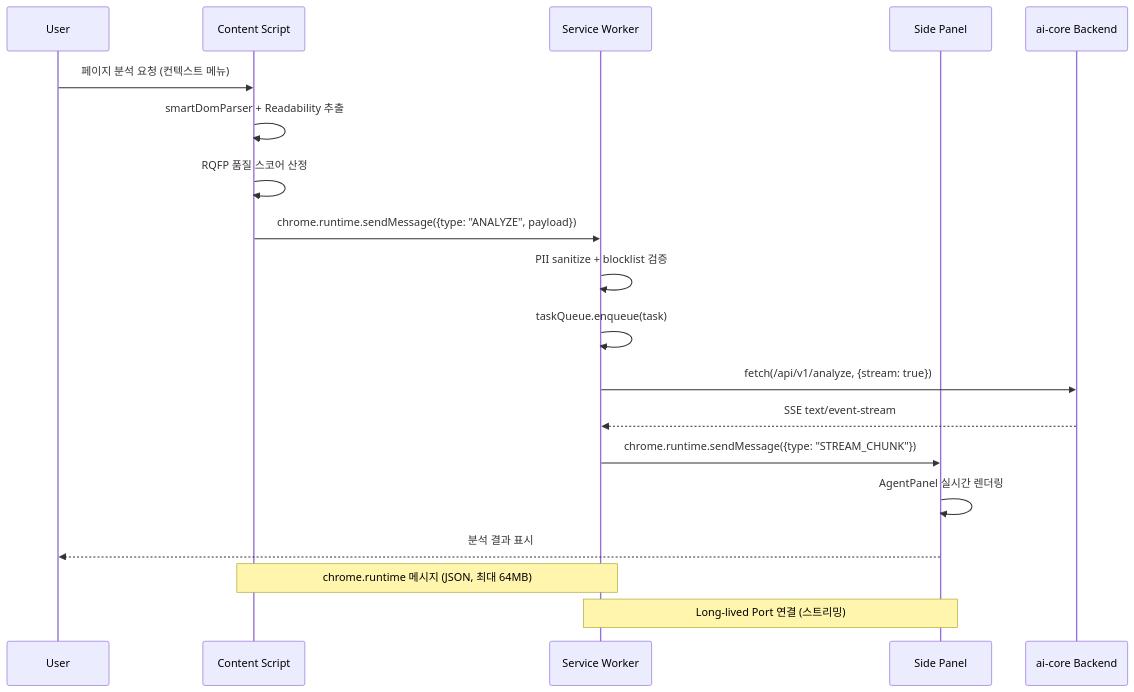
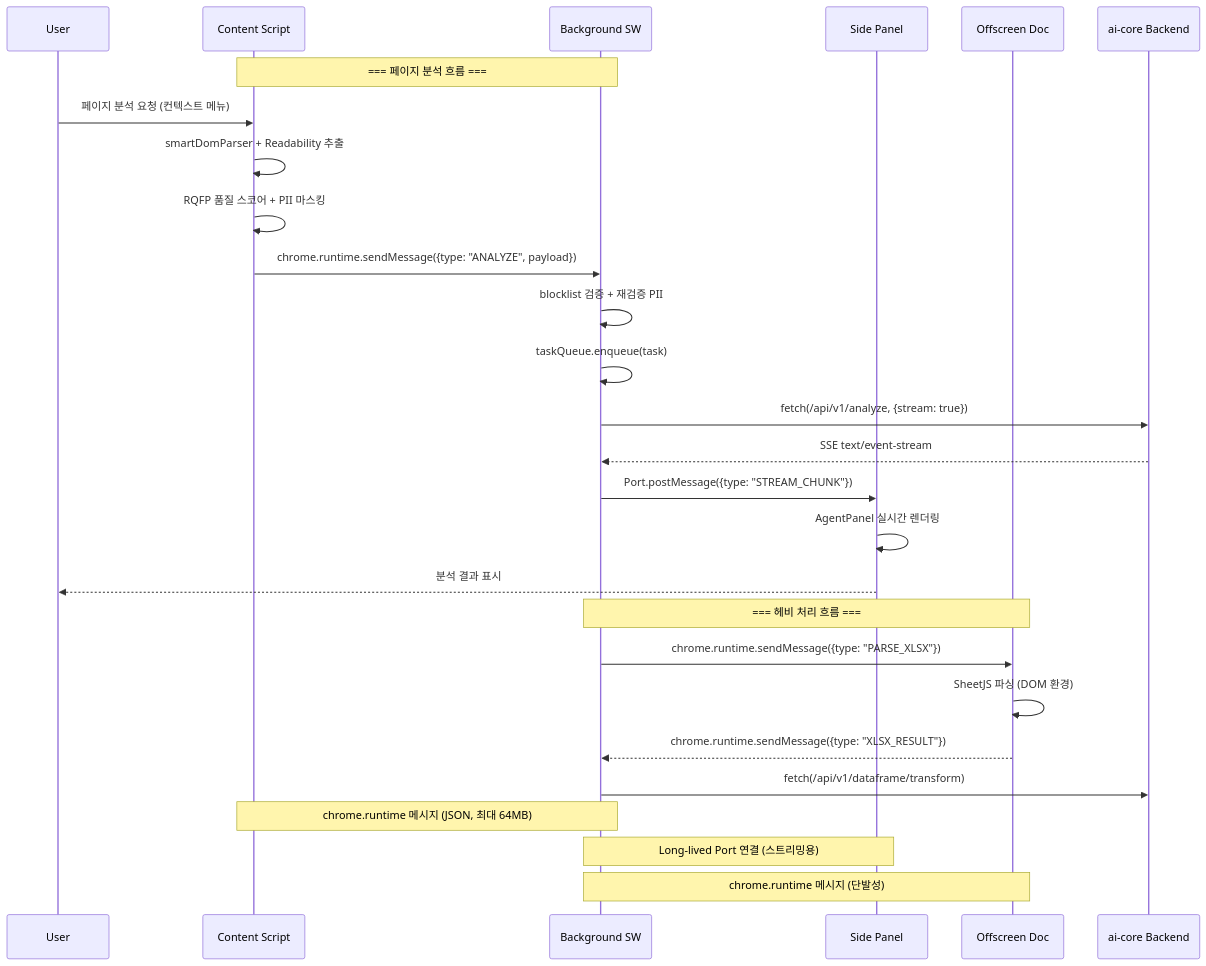
Before and after one commit to sgtlim0/sgtlim0.github.io: the second of 6 diagrams in docs/SERVICE_PLAN_03_ARCHITECTURE.md, drawn with Mermaid. The commit also changed other lines of this file and 3 other files, not shown here.

````diff
--- a/docs/SERVICE_PLAN_03_ARCHITECTURE.md
+++ b/docs/SERVICE_PLAN_03_ARCHITECTURE.md
@@ -101,25 +290,34 @@
 ```mermaid
 sequenceDiagram
     participant U as User
     participant CS as Content Script
-    participant SW as Service Worker
+    participant BG as Background SW
     participant SP as Side Panel
+    participant OD as Offscreen Doc
     participant BE as ai-core Backend
 
+    Note over CS,BG: === 페이지 분석 흐름 ===
     U->>CS: 페이지 분석 요청 (컨텍스트 메뉴)
     CS->>CS: smartDomParser + Readability 추출
-    CS->>CS: RQFP 품질 스코어 산정
-    CS->>SW: chrome.runtime.sendMessage({type: "ANALYZE", payload})
+    CS->>CS: RQFP 품질 스코어 + PII 마스킹
+    CS->>BG: chrome.runtime.sendMessage({type: "ANALYZE", payload})
 
-    SW->>SW: PII sanitize + blocklist 검증
-    SW->>SW: taskQueue.enqueue(task)
-    SW->>BE: fetch(/api/v1/analyze, {stream: true})
-    BE-->>SW: SSE text/event-stream
+    BG->>BG: blocklist 검증 + 재검증 PII
+    BG->>BG: taskQueue.enqueue(task)
+    BG->>BE: fetch(/api/v1/analyze, {stream: true})
+    BE-->>BG: SSE text/event-stream
 
-    SW->>SP: chrome.runtime.sendMessage({type: "STREAM_CHUNK"})
+    BG->>SP: Port.postMessage({type: "STREAM_CHUNK"})
     SP->>SP: AgentPanel 실시간 렌더링
     SP-->>U: 분석 결과 표시
 
-    Note over CS,SW: chrome.runtime 메시지 (JSON, 최대 64MB)
-    Note over SW,SP: Long-lived Port 연결 (스트리밍)
+    Note over BG,OD: === 헤비 처리 흐름 ===
+    BG->>OD: chrome.runtime.sendMessage({type: "PARSE_XLSX"})
+    OD->>OD: SheetJS 파싱 (DOM 환경)
+    OD-->>BG: chrome.runtime.sendMessage({type: "XLSX_RESULT"})
+    BG->>BE: fetch(/api/v1/dataframe/transform)
+
+    Note over CS,BG: chrome.runtime 메시지 (JSON, 최대 64MB)
+    Note over BG,SP: Long-lived Port 연결 (스트리밍용)
+    Note over BG,OD: chrome.runtime 메시지 (단발성)
 ```
````
